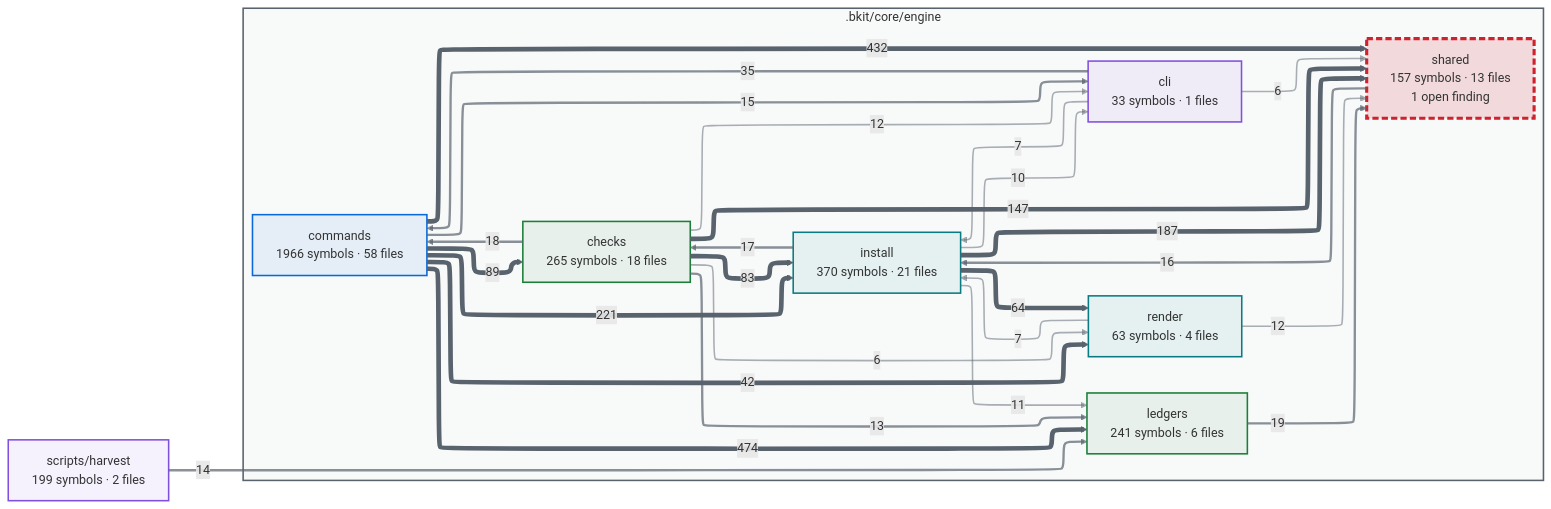
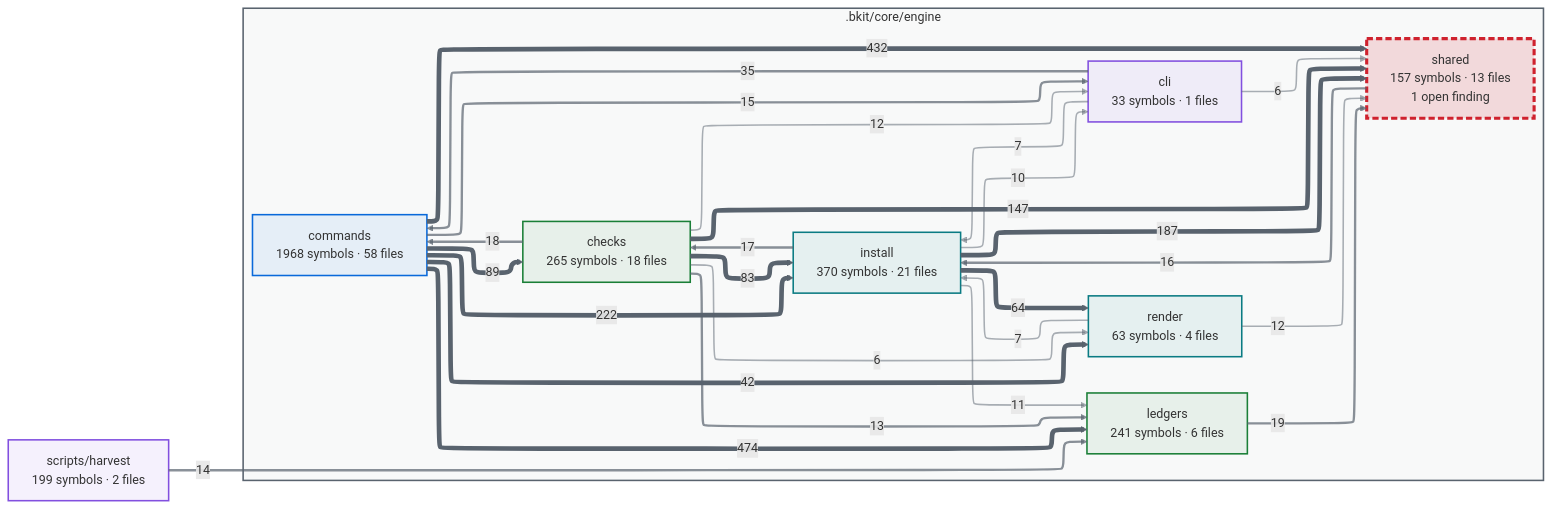
Before and after one commit to cbartens/bkit: the first of 2 diagrams in docs/capabilities.md, drawn with Mermaid. The commit also changed other lines of this file and 55 other files, not shown here.

````diff
--- a/docs/capabilities.md
+++ b/docs/capabilities.md
@@ -116,80 +116,80 @@
 ```mermaid
 ---
 config:
   layout: elk
   themeCSS: "marker { overflow: visible; } marker path { transform: scale(1.8); transform-origin: 5px 5px; }"
   flowchart:
     useMaxWidth: false
 ---
 flowchart LR
   %% Generated by bkit-graphify-rollup.py — do not edit
   subgraph gn_bkit_core_engine[".bkit/core/engine"]
     n_bkit_core_engine_checks["checks<br/>265 symbols · 18 files"]
     n_bkit_core_engine_cli["cli<br/>33 symbols · 1 files"]
-    n_bkit_core_engine_commands["commands<br/>1966 symbols · 58 files"]
+    n_bkit_core_engine_commands["commands<br/>1968 symbols · 58 files"]
     n_bkit_core_engine_install["install<br/>370 symbols · 21 files"]
     n_bkit_core_engine_ledgers["ledgers<br/>241 symbols · 6 files"]
     n_bkit_core_engine_render["render<br/>63 symbols · 4 files"]
     n_bkit_core_engine_shared["shared<br/>157 symbols · 13 files<br/>1 open finding"]
   end
   nscripts_harvest["scripts/harvest<br/>199 symbols · 2 files"]
   n_bkit_core_engine_commands -->|474| n_bkit_core_engine_ledgers
   n_bkit_core_engine_commands -->|432| n_bkit_core_engine_shared
-  n_bkit_core_engine_commands -->|221| n_bkit_core_engine_install
+  n_bkit_core_engine_commands -->|222| n_bkit_core_engine_install
   n_bkit_core_engine_install -->|187| n_bkit_core_engine_shared
   n_bkit_core_engine_checks -->|147| n_bkit_core_engine_shared
   n_bkit_core_engine_commands -->|89| n_bkit_core_engine_checks
   n_bkit_core_engine_checks -->|83| n_bkit_core_engine_install
   n_bkit_core_engine_install -->|64| n_bkit_core_engine_render
   n_bkit_core_engine_commands -->|42| n_bkit_core_engine_render
   n_bkit_core_engine_cli -->|35| n_bkit_core_engine_commands
   n_bkit_core_engine_ledgers -->|19| n_bkit_core_engine_shared
   n_bkit_core_engine_checks -->|18| n_bkit_core_engine_commands
   n_bkit_core_engine_install -->|17| n_bkit_core_engine_checks
   n_bkit_core_engine_shared -->|16| n_bkit_core_engine_install
   n_bkit_core_engine_commands -->|15| n_bkit_core_engine_cli
   nscripts_harvest -->|14| n_bkit_core_engine_ledgers
   n_bkit_core_engine_checks -->|13| n_bkit_core_engine_ledgers
   n_bkit_core_engine_checks -->|12| n_bkit_core_engine_cli
   n_bkit_core_engine_render -->|12| n_bkit_core_engine_shared
   n_bkit_core_engine_install -->|11| n_bkit_core_engine_ledgers
   n_bkit_core_engine_install -->|10| n_bkit_core_engine_cli
   n_bkit_core_engine_cli -->|7| n_bkit_core_engine_install
   n_bkit_core_engine_render -->|7| n_bkit_core_engine_install
   n_bkit_core_engine_checks -->|6| n_bkit_core_engine_render
   n_bkit_core_engine_cli -->|6| n_bkit_core_engine_shared
   style gn_bkit_core_engine fill:#59636e0a,stroke:#59636e,stroke-width:2px
   style n_bkit_core_engine_checks stroke:#1a7f37,stroke-width:2px,fill:#1a7f3714
   style n_bkit_core_engine_cli stroke:#8250df,stroke-width:2px,fill:#8250df14
   style n_bkit_core_engine_commands stroke:#0969da,stroke-width:2px,fill:#0969da14
   style n_bkit_core_engine_install stroke:#0a7b83,stroke-width:2px,fill:#0a7b8314
   style n_bkit_core_engine_ledgers stroke:#1a7f37,stroke-width:2px,fill:#1a7f3714
   style n_bkit_core_engine_render stroke:#0a7b83,stroke-width:2px,fill:#0a7b8314
   style n_bkit_core_engine_shared stroke:#cf222e,stroke-width:4px,stroke-dasharray:8 4,fill:#cf222e26
   style nscripts_harvest stroke:#8250df,stroke-width:2px,fill:#8250df14
   linkStyle 0 stroke:#59636e,stroke-width:6px
   linkStyle 1 stroke:#59636e,stroke-width:6px
   linkStyle 2 stroke:#59636e,stroke-width:6px
   linkStyle 3 stroke:#59636e,stroke-width:6px
   linkStyle 4 stroke:#59636e,stroke-width:6px
   linkStyle 5 stroke:#59636e,stroke-width:6px
   linkStyle 6 stroke:#59636e,stroke-width:6px
   linkStyle 7 stroke:#59636e,stroke-width:6px
   linkStyle 8 stroke:#59636e,stroke-width:6px
   linkStyle 9 stroke:#59636eb3,stroke-width:3px
   linkStyle 10 stroke:#59636eb3,stroke-width:3px
   linkStyle 11 stroke:#59636eb3,stroke-width:3px
   linkStyle 12 stroke:#59636eb3,stroke-width:3px
   linkStyle 13 stroke:#59636eb3,stroke-width:3px
   linkStyle 14 stroke:#59636eb3,stroke-width:3px
   linkStyle 15 stroke:#59636eb3,stroke-width:3px
   linkStyle 16 stroke:#59636eb3,stroke-width:3px
   linkStyle 17 stroke:#59636e80,stroke-width:2px
   linkStyle 18 stroke:#59636e80,stroke-width:2px
   linkStyle 19 stroke:#59636e80,stroke-width:2px
   linkStyle 20 stroke:#59636e80,stroke-width:2px
   linkStyle 21 stroke:#59636e80,stroke-width:2px
   linkStyle 22 stroke:#59636e80,stroke-width:2px
   linkStyle 23 stroke:#59636e80,stroke-width:2px
   linkStyle 24 stroke:#59636e80,stroke-width:2px
 ```
````
